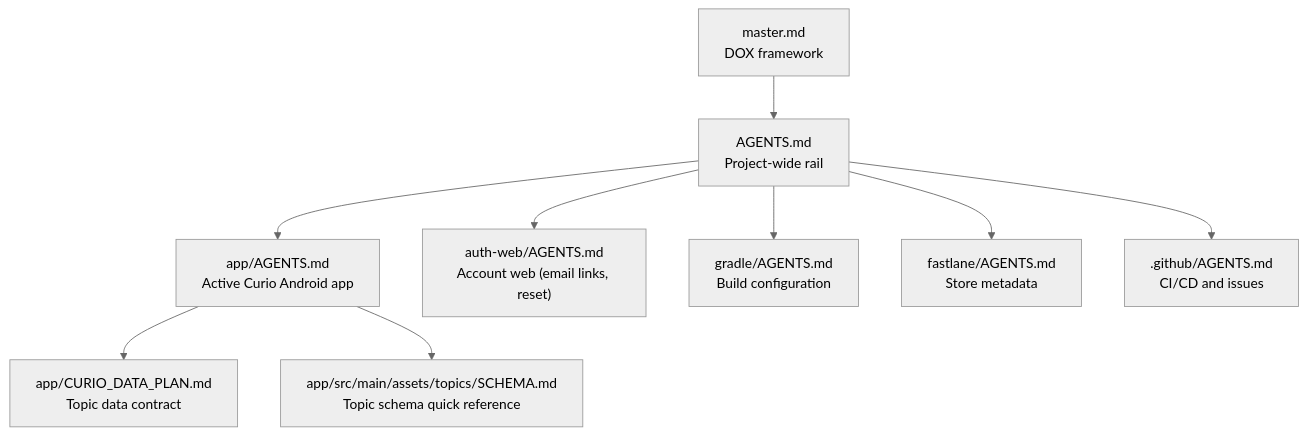
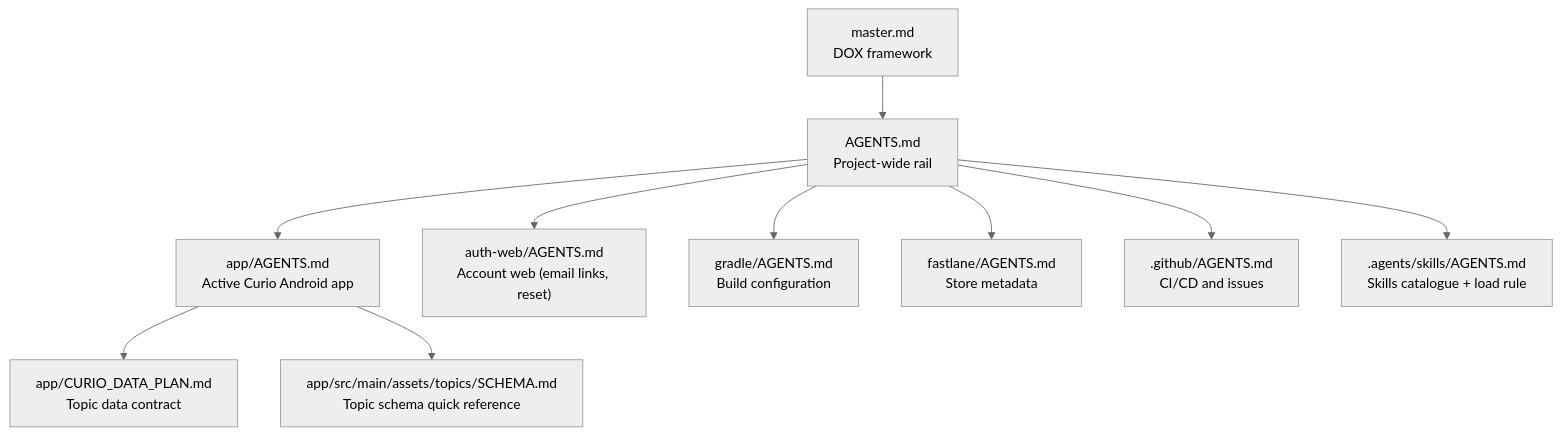
Before and after one commit to firefly-sylestia/Curio: the diagram in docs/DOX_TREE.md, drawn with Mermaid (neutral theme). The commit also changed other lines of this file and 15 other files, not shown here.

First line of the commit message:
docs(agents): add a skills catalogue, Curio's own design skill, and workspace tooling

````diff
--- a/docs/DOX_TREE.md
+++ b/docs/DOX_TREE.md
@@ -5,12 +5,13 @@
 ```mermaid
 graph TB
     MASTER["master.md\nDOX framework"] --> ROOT["AGENTS.md\nProject-wide rail"]
     ROOT --> APP["app/AGENTS.md\nActive Curio Android app"]
     ROOT --> AUTHWEB["auth-web/AGENTS.md\nAccount web (email links, reset)"]
     ROOT --> GRADLE["gradle/AGENTS.md\nBuild configuration"]
     ROOT --> FASTLANE["fastlane/AGENTS.md\nStore metadata"]
     ROOT --> GITHUB[".github/AGENTS.md\nCI/CD and issues"]
+    ROOT --> SKILLS[".agents/skills/AGENTS.md\nSkills catalogue + load rule"]
 
     APP --> DATA["app/CURIO_DATA_PLAN.md\nTopic data contract"]
     APP --> SCHEMA["app/src/main/assets/topics/SCHEMA.md\nTopic schema quick reference"]
 ```
````
